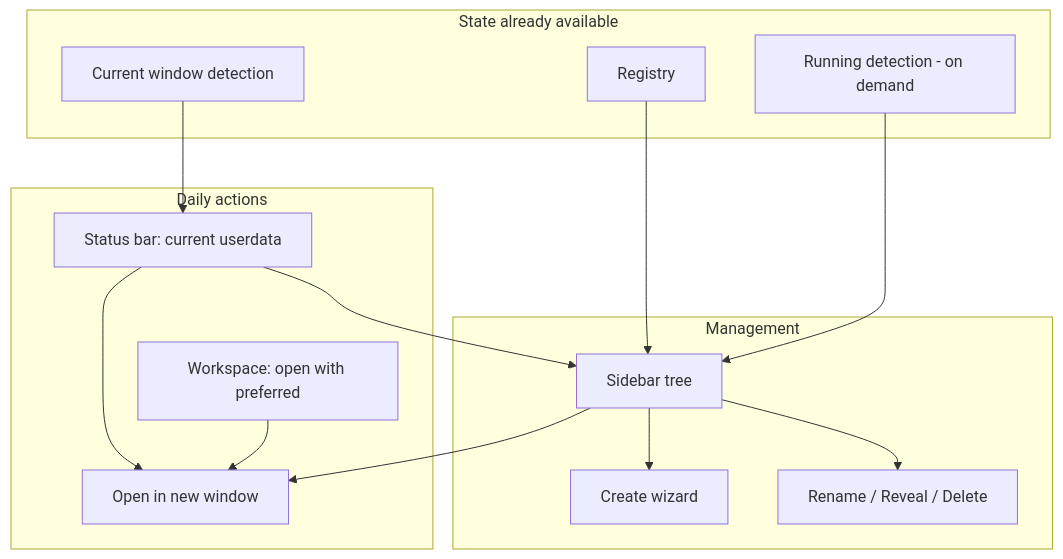
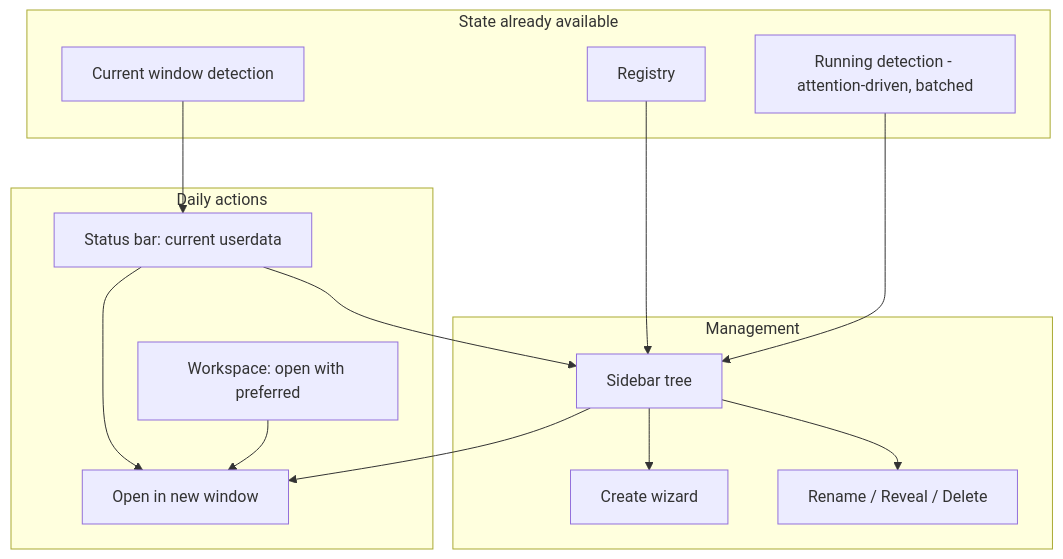
Before and after one commit to domoarigatomrburato/userdata-switcher: the diagram in docs/plans/ux-evolution.md, drawn with Mermaid. The commit also changed other lines of this file and 17 other files, not shown here.

````diff
--- a/docs/plans/ux-evolution.md
+++ b/docs/plans/ux-evolution.md
@@ -245,30 +356,30 @@
 ```mermaid
 flowchart TB
   subgraph daily [Daily actions]
     SB[Status bar: current userdata]
     OP[Open in new window]
     WS[Workspace: open with preferred]
   end
 
   subgraph manage [Management]
     TV[Sidebar tree]
     CR[Create wizard]
     RN[Rename / Reveal / Delete]
   end
 
   subgraph state [State already available]
     REG[Registry]
-    RUN[Running detection - on demand]
+    RUN[Running detection - attention-driven, batched]
     CUR[Current window detection]
   end
 
   SB --> OP
   SB --> TV
   WS --> OP
   TV --> OP
   TV --> CR
   TV --> RN
   REG --> TV
   RUN --> TV
   CUR --> SB
 ```
````
